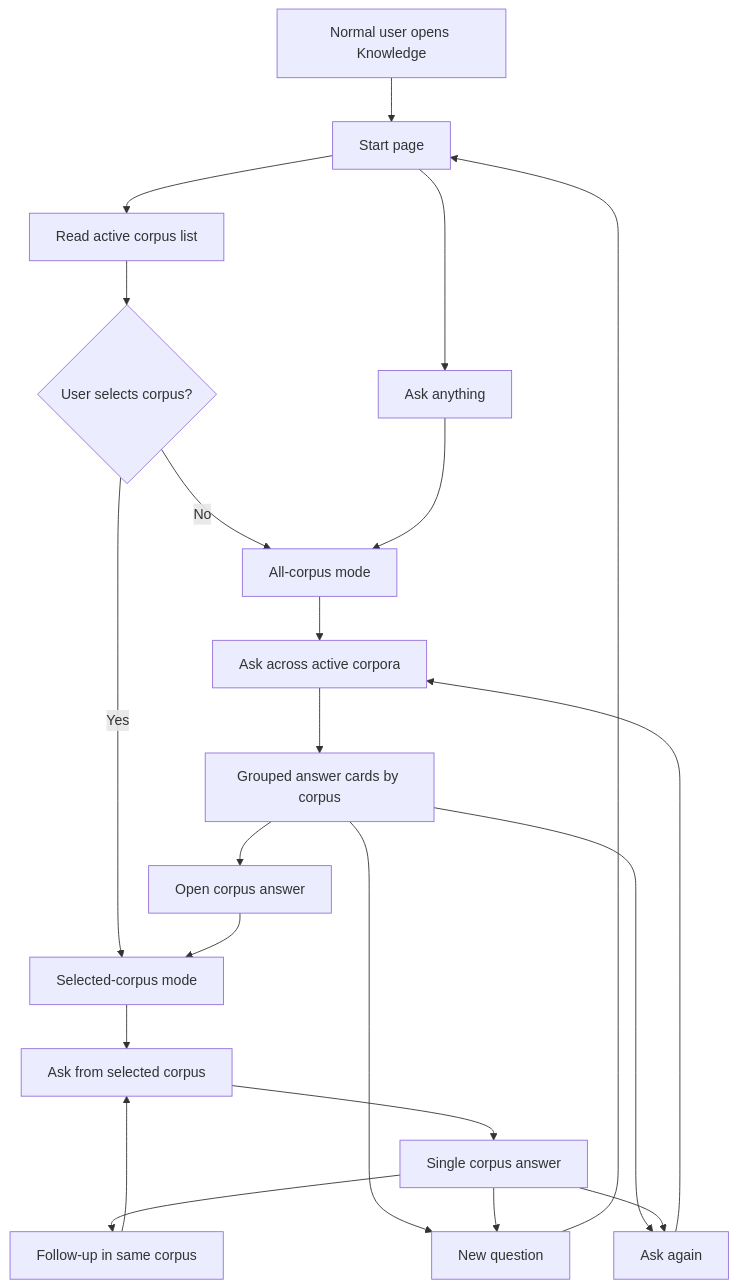
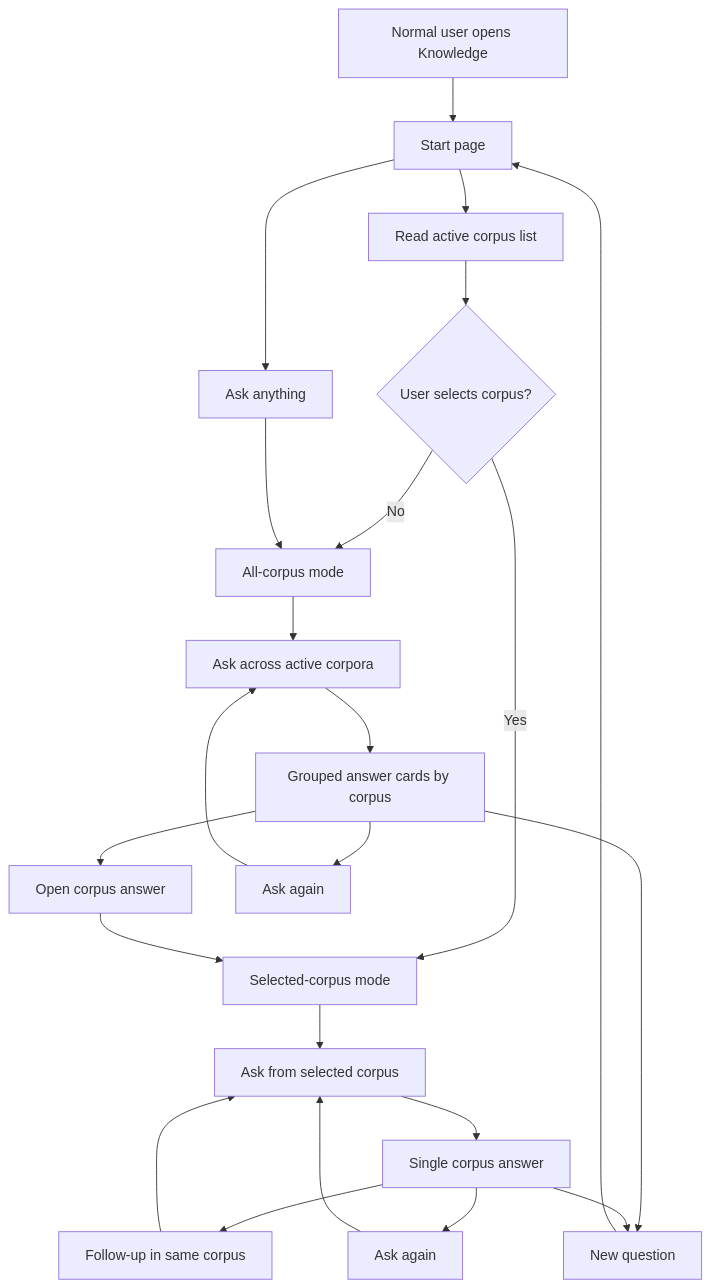
One commit to mobinseven/Vitarish changed the first of 4 diagrams in docs/platform/modules/knowledge/journeys/knowledge-normal-user-qa-journey.md. Above: the diagram before and after it, drawn with Mermaid.

Commit message:
docs: preserve ask-again scope in knowledge journey map

````diff
--- a/docs/platform/modules/knowledge/journeys/knowledge-normal-user-qa-journey.md
+++ b/docs/platform/modules/knowledge/journeys/knowledge-normal-user-qa-journey.md
@@ -37,28 +37,29 @@
 ```mermaid
 flowchart TD
     A[Normal user opens Knowledge] --> B[Start page]
     B --> C[Read active corpus list]
     B --> D[Ask anything]
 
     C --> E{User selects corpus?}
     E -- No --> F[All-corpus mode]
     E -- Yes --> G[Selected-corpus mode]
 
     D --> F
     F --> H[Ask across active corpora]
     H --> I[Grouped answer cards by corpus]
     I --> J[Open corpus answer]
     I --> K[New question]
-    I --> L[Ask again]
+    I --> L1[Ask again]
 
     G --> M[Ask from selected corpus]
     M --> N[Single corpus answer]
     N --> O[Follow-up in same corpus]
     N --> K
-    N --> L
+    N --> L2[Ask again]
 
     J --> G
     O --> M
     K --> B
-    L --> H
+    L1 --> H
+    L2 --> M
 ```
````
